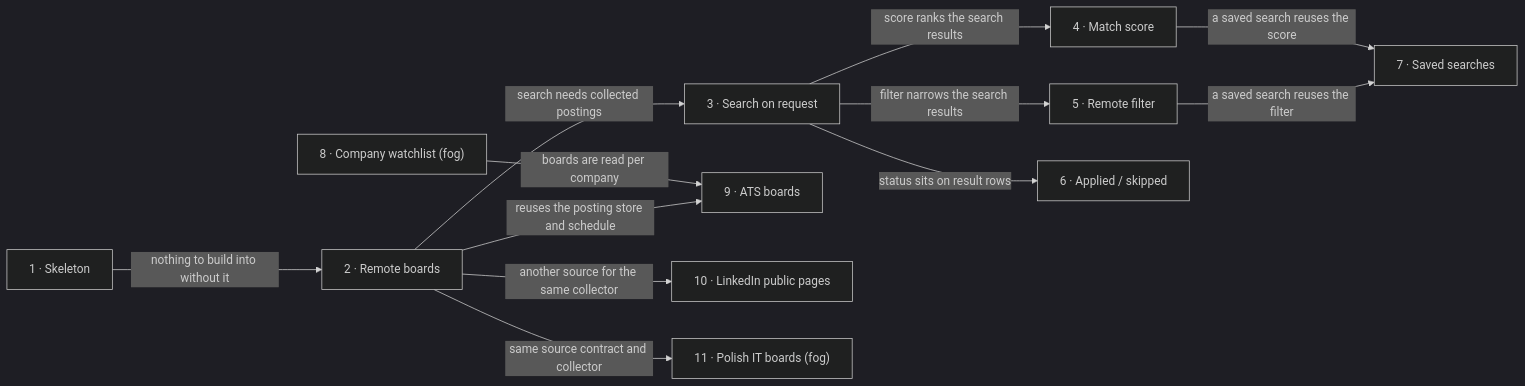
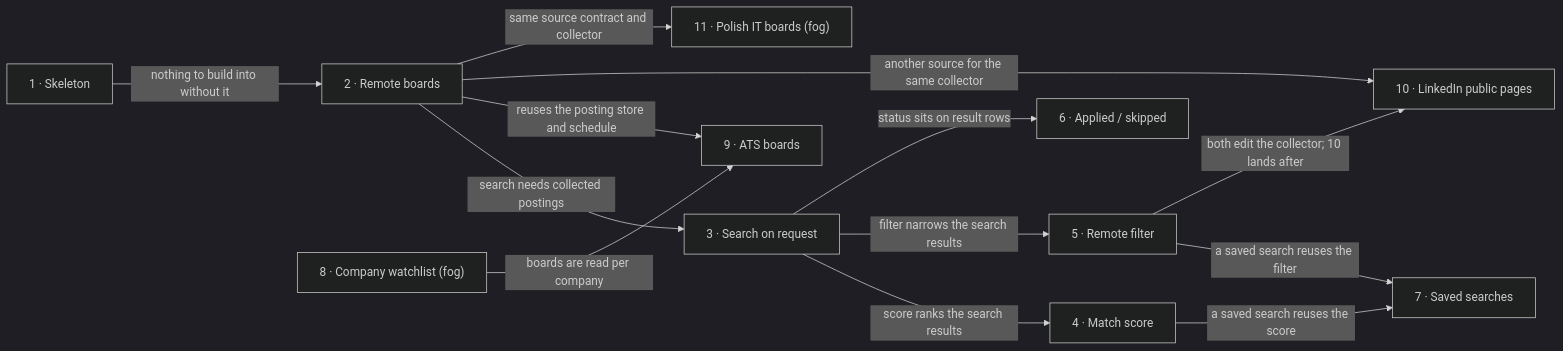
One commit to DeveloperFromUkraine/job-radar changed the diagram in docs/roadmap.md. Above: the diagram before and after it, drawn with Mermaid (dark theme). The commit also changed other lines of this file and 4 other files, not shown here.

````diff
--- a/docs/roadmap.md
+++ b/docs/roadmap.md
@@ -71,14 +72,15 @@
 ```mermaid
 flowchart LR
   s1["1 · Skeleton"] -->|nothing to build into without it| s2["2 · Remote boards"]
   s2 -->|search needs collected postings| s3["3 · Search on request"]
   s3 -->|score ranks the search results| s4["4 · Match score"]
   s3 -->|filter narrows the search results| s5["5 · Remote filter"]
   s3 -->|status sits on result rows| s6["6 · Applied / skipped"]
   s4 -->|a saved search reuses the score| s7["7 · Saved searches"]
   s5 -->|a saved search reuses the filter| s7
   s8["8 · Company watchlist (fog)"] -->|boards are read per company| s9["9 · ATS boards"]
   s2 -->|reuses the posting store and schedule| s9
   s2 -->|another source for the same collector| s10["10 · LinkedIn public pages"]
+  s5 -->|both edit the collector; 10 lands after| s10
   s2 -->|same source contract and collector| s11["11 · Polish IT boards (fog)"]
 ```
````
